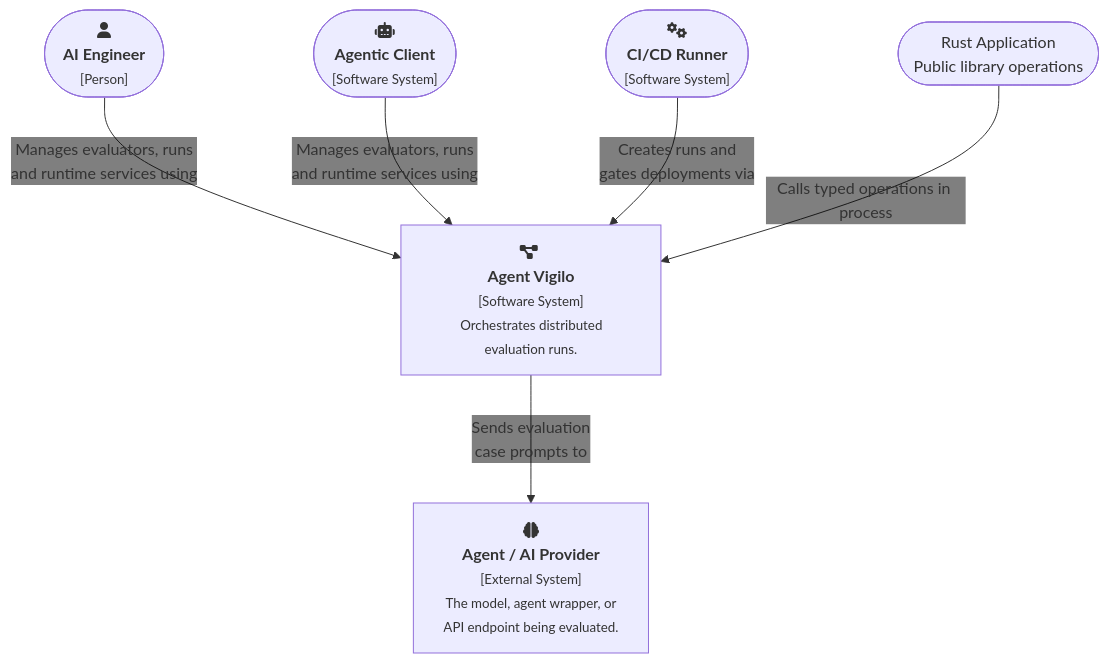
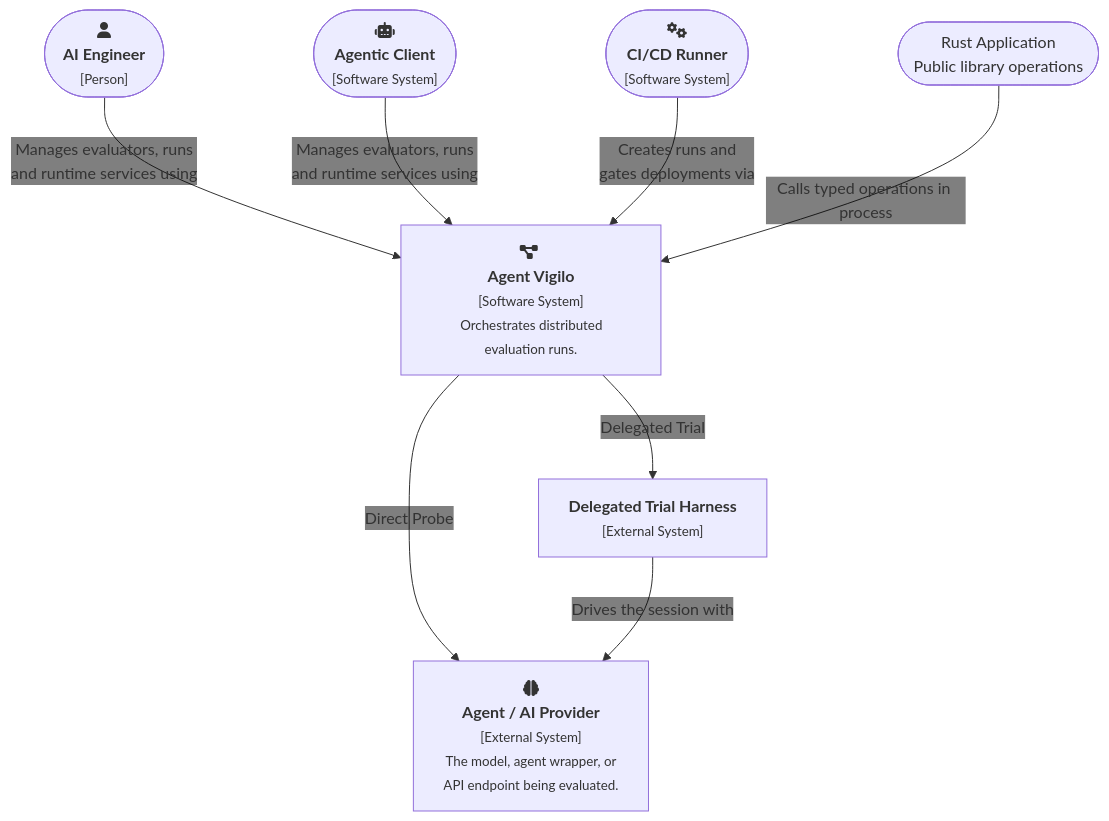
Before and after one commit to agent-vigilo/vigilo: the diagram in web/docs/architecture/structure/context/diagram.mmd, drawn with Mermaid. The commit also changed 34 other files, not shown here.

First line of the commit message:
support inline direct probes and delegated trials

```diff
--- a/web/docs/architecture/structure/context/diagram.mmd
+++ b/web/docs/architecture/structure/context/diagram.mmd
@@ -1,30 +1,33 @@
 ---
 config:
   flowchart:
     nodeSpacing: 150
     rankSpacing: 80
   themeVariables:
     edgeLabelBackground: 'transparent'
 ---
 flowchart TD
     %% actors
     User(["fa:fa-user <br/> <b>AI Engineer</b> <br/> <small>[Person]</small>"]):::person
     AgentClient(["fa:fa-robot <br/> <b>Agentic Client</b> <br/> <small>[Software System]</small>"]):::actor
     CICD(["fa:fa-gears <br/> <b>CI/CD Runner</b> <br/> <small>[Software System]</small>"]):::actor
 
     LibraryHost(["Rust Application<br/>Public library operations"]):::actor
 
     %% main system
     AgentVigilo["fa:fa-diagram-project <br/> <b>Agent Vigilo</b> <br/> <small>[Software System]</small> <br/> <small>Orchestrates distributed evaluation runs.</small>"]:::system
 
     %% external target
     TargetAgent["fa:fa-brain <br/> <b>Agent / AI Provider</b> <br/> <small>[External System]</small> <br/> <small>The model, agent wrapper, or <br/> API endpoint being evaluated.</small>"]:::external
+    Trial["<b>Delegated Trial Harness</b><br/><small>[External System]</small>"]:::external
 
     %% edges
     User & AgentClient -->|"Manages evaluators, runs <br/> and runtime services using"| AgentVigilo
     CICD -->|Creates runs and <br/> gates deployments via| AgentVigilo
     LibraryHost -->|"Calls typed operations in process"| AgentVigilo
-    AgentVigilo -->|Sends evaluation <br/> case prompts to| TargetAgent
+    AgentVigilo -->|Direct Probe| TargetAgent
+    AgentVigilo -->|Delegated Trial| Trial
+    Trial -->|Drives the session with| TargetAgent
 
     %% links
     click AgentVigilo "/docs/architecture/structure/containers/agent-vigilo/"
```
